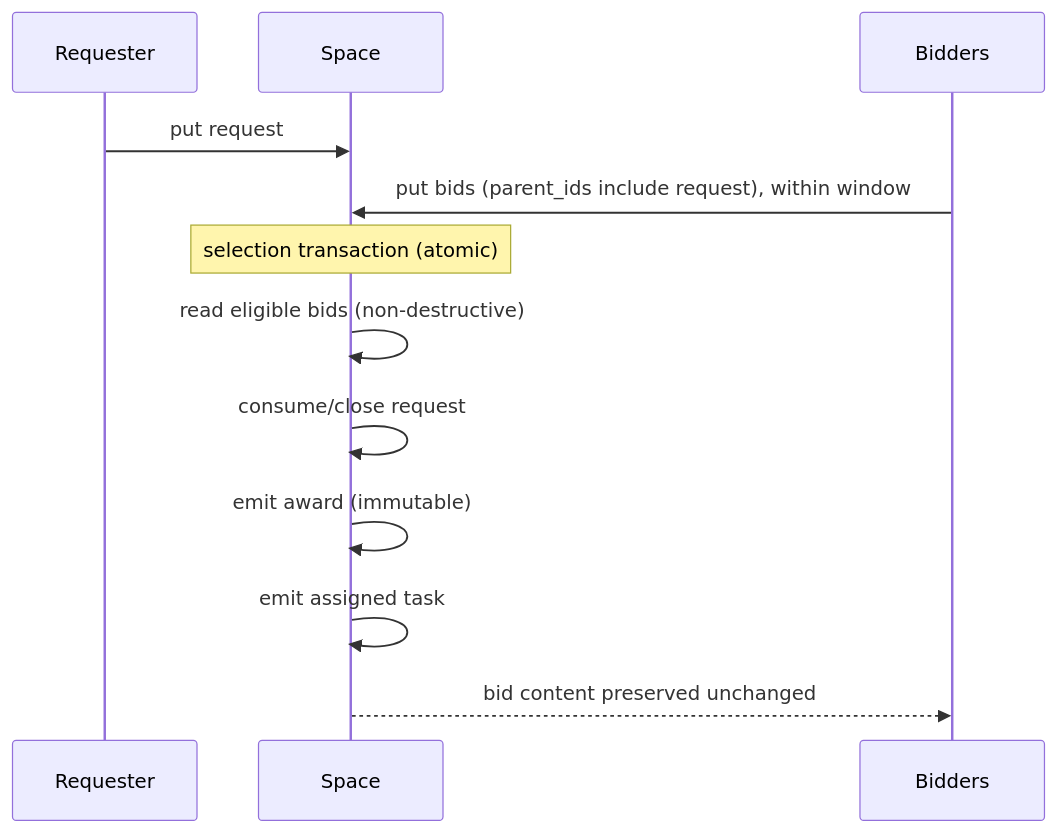
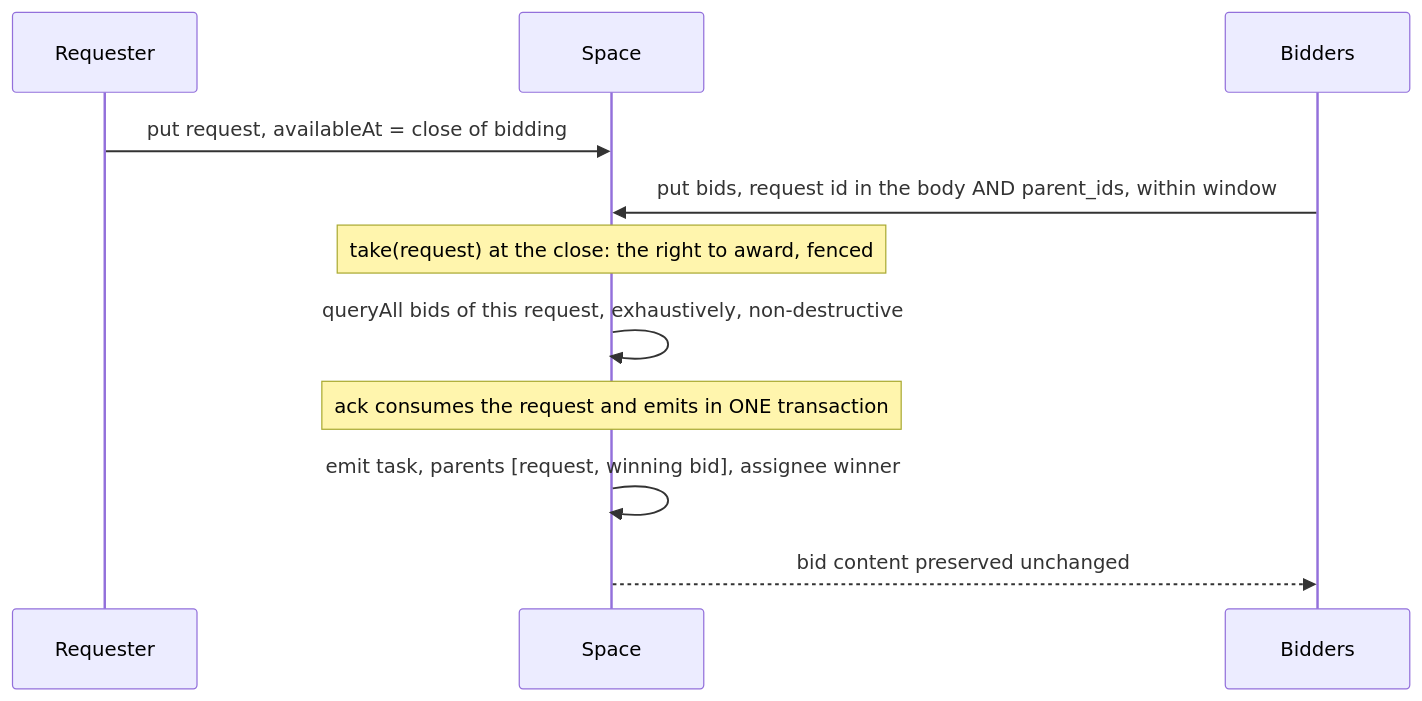
The diagram in agent_docs/design-marketplace.md (wistrand/radia), drawn with Mermaid before and after one commit. The commit also changed other lines of this file and 3 other files, not shown here.

````diff
--- a/agent_docs/design-marketplace.md
+++ b/agent_docs/design-marketplace.md
@@ -46,14 +56,13 @@
 ```mermaid
 sequenceDiagram
     participant Req as Requester
     participant S as Space
     participant Bidders
-    Req->>S: put request
-    Bidders->>S: put bids (parent_ids include request), within window
-    Note over S: selection transaction (atomic)
-    S->>S: read eligible bids (non-destructive)
-    S->>S: consume/close request
-    S->>S: emit award (immutable)
-    S->>S: emit assigned task
+    Req->>S: put request, availableAt = close of bidding
+    Bidders->>S: put bids, request id in the body AND parent_ids, within window
+    Note over S: take(request) at the close: the right to award, fenced
+    S->>S: queryAll bids of this request, exhaustively, non-destructive
+    Note over S: ack consumes the request and emits in ONE transaction
+    S->>S: emit task, parents [request, winning bid], assignee winner
     S-->>Bidders: bid content preserved unchanged
 ```
````
